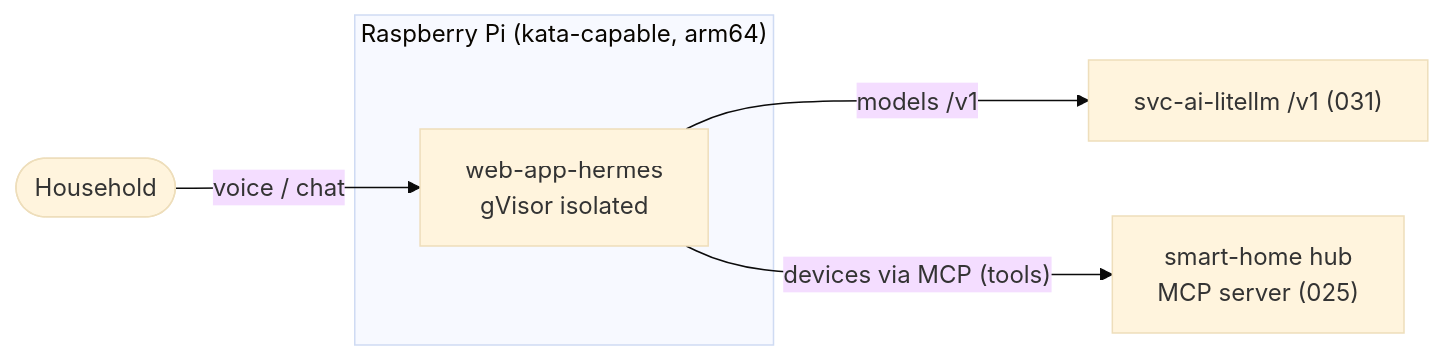
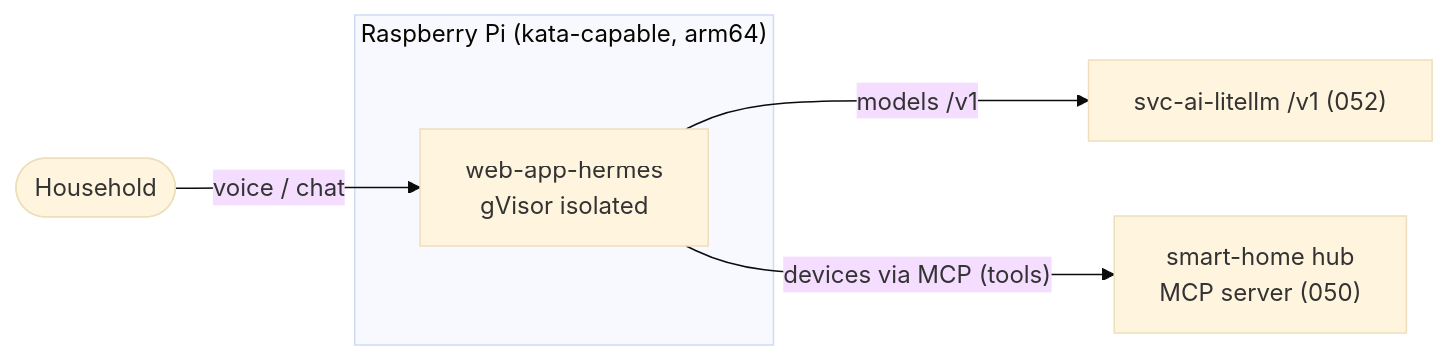
One commit to infinito-nexus/core changed the fourth of 7 diagrams in docs/requirements/032-agent-employees-firecracker.md. Above: the diagram before and after it, drawn with Mermaid (base theme). The commit also changed other lines of this file and 43 other files, not shown here.

````diff
--- a/docs/requirements/032-agent-employees-firecracker.md
+++ b/docs/requirements/032-agent-employees-firecracker.md
@@ -158,11 +158,11 @@
 ```mermaid
 flowchart LR
     user([Household]) -->|voice / chat| hermes
     subgraph pi["Raspberry Pi (kata-capable, arm64)"]
         hermes["web-app-hermes<br/>gVisor isolated"]
     end
-    gw["svc-ai-litellm /v1 (031)"]
-    hub["smart-home hub<br/>MCP server (025)"]
+    gw["svc-ai-litellm /v1 (052)"]
+    hub["smart-home hub<br/>MCP server (050)"]
     hermes -->|models /v1| gw
     hermes -->|"devices via MCP (tools)"| hub
 ```
````
